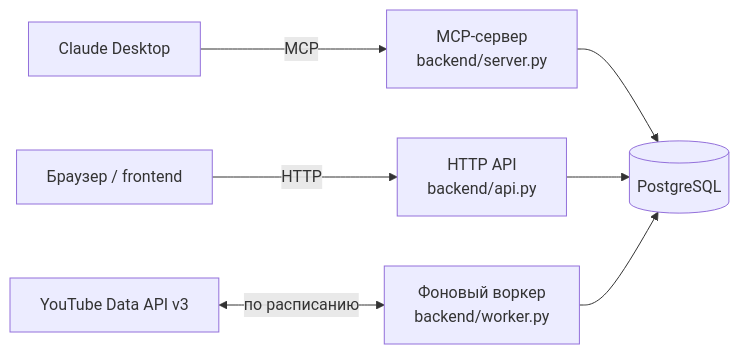
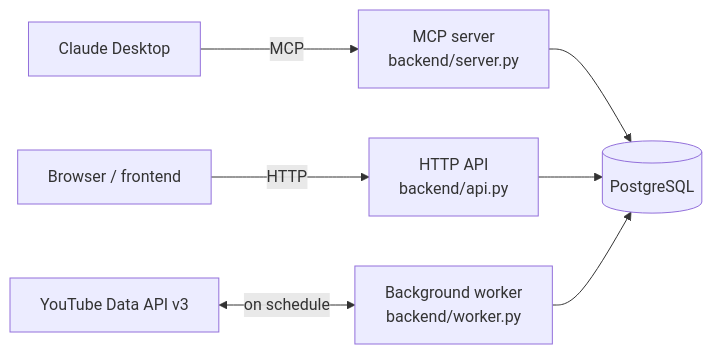
Before and after one commit to pandich93/niche-finder: the diagram in README.md, drawn with Mermaid. The commit also changed other lines of this file and 2 other files, not shown here.

````diff
--- a/README.md
+++ b/README.md
@@ -78,9 +77,9 @@
 ```mermaid
 flowchart LR
-    CD["Claude Desktop"] -->|MCP| MCP["MCP-сервер\nbackend/server.py"]
-    FE["Браузер / frontend"] -->|HTTP| API["HTTP API\nbackend/api.py"]
-    YT["YouTube Data API v3"] <-->|"по расписанию"| W["Фоновый воркер\nbackend/worker.py"]
+    CD["Claude Desktop"] -->|MCP| MCP["MCP server\nbackend/server.py"]
+    FE["Browser / frontend"] -->|HTTP| API["HTTP API\nbackend/api.py"]
+    YT["YouTube Data API v3"] <-->|"on schedule"| W["Background worker\nbackend/worker.py"]
     MCP --> PG[("PostgreSQL")]
     API --> PG
     W --> PG
 ```
````
